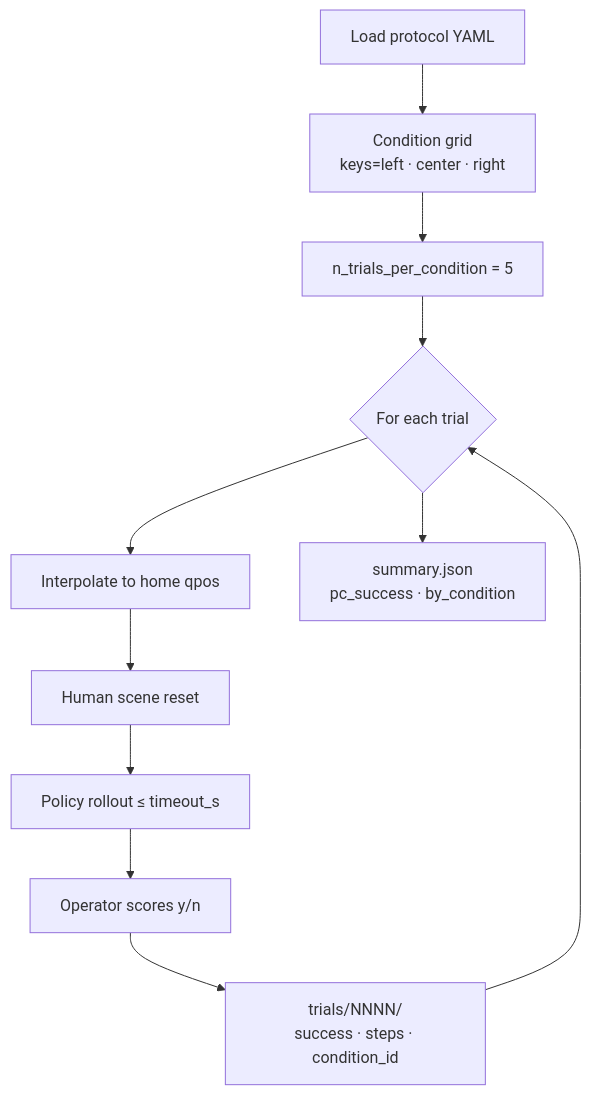
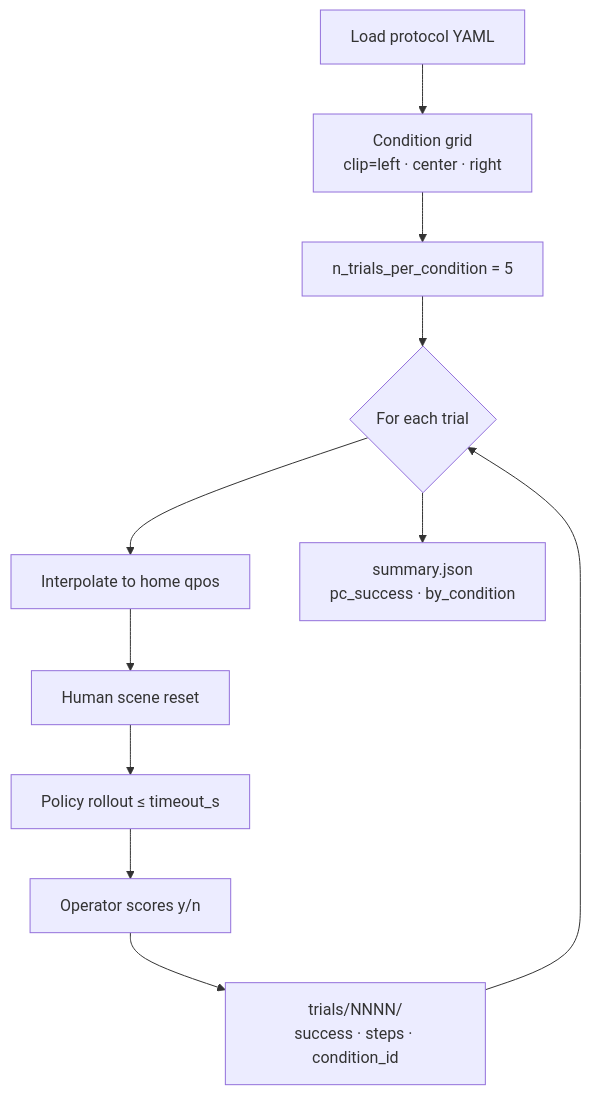
Before and after one commit to romil0001/Imitation-learning_data_pipeline_LeRobot_SO-101: the third of 4 diagrams in docs/outcomes.md, drawn with Mermaid. The commit also changed other lines of this file and 38 other files, not shown here.

````diff
--- a/docs/outcomes.md
+++ b/docs/outcomes.md
@@ -96,13 +96,13 @@
 ```mermaid
 flowchart TD
-  P[Load protocol YAML] --> GRID["Condition grid<br/>keys=left · center · right"]
+  P[Load protocol YAML] --> GRID["Condition grid<br/>clip=left · center · right"]
   GRID --> N["n_trials_per_condition = 5"]
   N --> LOOP{For each trial}
   LOOP --> HOME[Interpolate to home qpos]
   HOME --> RESET[Human scene reset]
   RESET --> ROLL[Policy rollout ≤ timeout_s]
   ROLL --> SCORE["Operator scores y/n"]
   SCORE --> LOG["trials/NNNN/<br/>success · steps · condition_id"]
   LOG --> LOOP
   LOOP --> SUM["summary.json<br/>pc_success · by_condition"]
 ```
````
